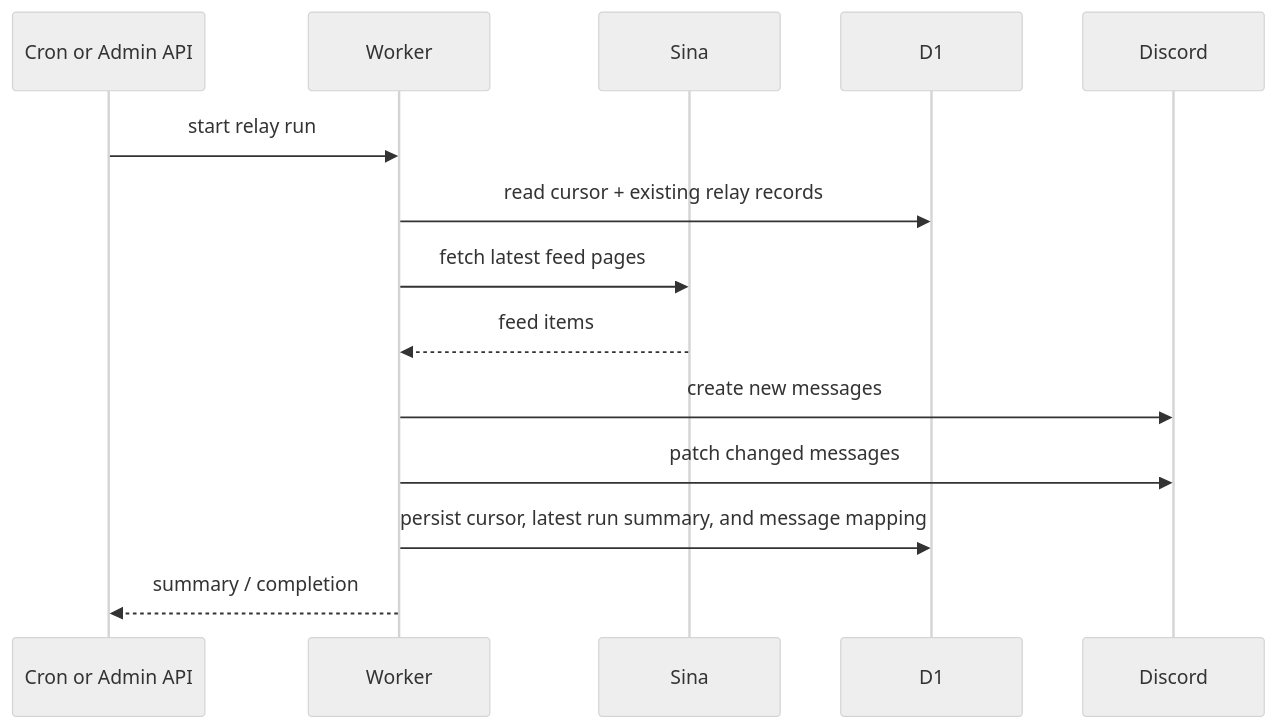
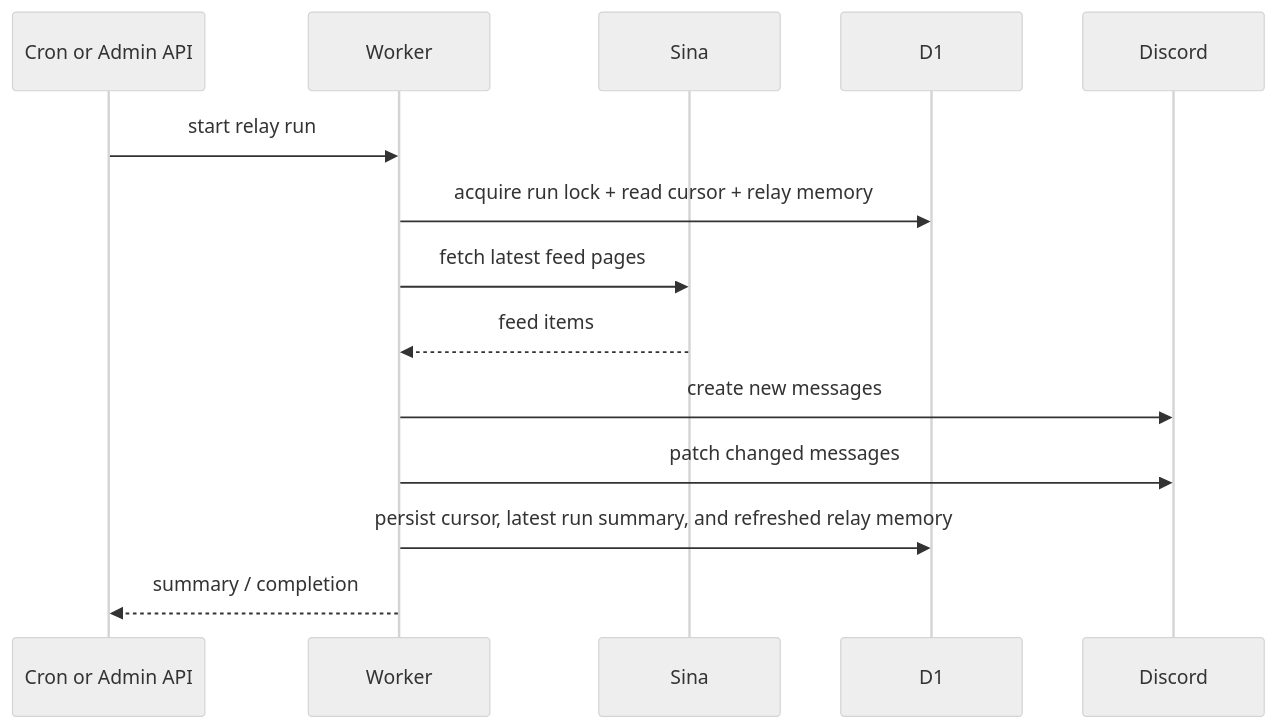
The second of 2 diagrams in ARCHITECTURE.md (virtuecho/sina7x24-discord-relay), drawn with Mermaid (neutral theme) before and after one commit. The commit also changed other lines of this file and 11 other files, not shown here.

````diff
--- a/ARCHITECTURE.md
+++ b/ARCHITECTURE.md
@@ -48,17 +48,17 @@
 ```mermaid
 sequenceDiagram
   participant Trigger as Cron or Admin API
   participant Worker
   participant Sina
   participant D1
   participant Discord
 
   Trigger->>Worker: start relay run
-  Worker->>D1: read cursor + existing relay records
+  Worker->>D1: acquire run lock + read cursor + relay memory
   Worker->>Sina: fetch latest feed pages
   Sina-->>Worker: feed items
   Worker->>Discord: create new messages
   Worker->>Discord: patch changed messages
-  Worker->>D1: persist cursor, latest run summary, and message mapping
+  Worker->>D1: persist cursor, latest run summary, and refreshed relay memory
   Worker-->>Trigger: summary / completion
 ```
````
